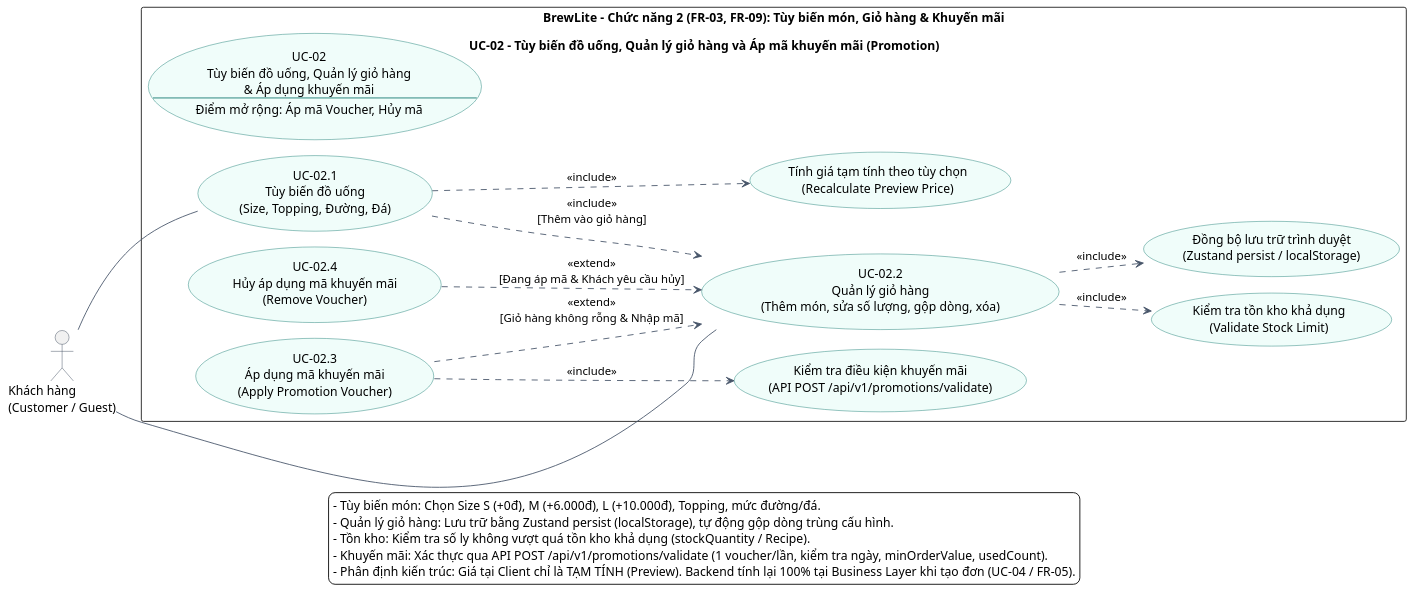
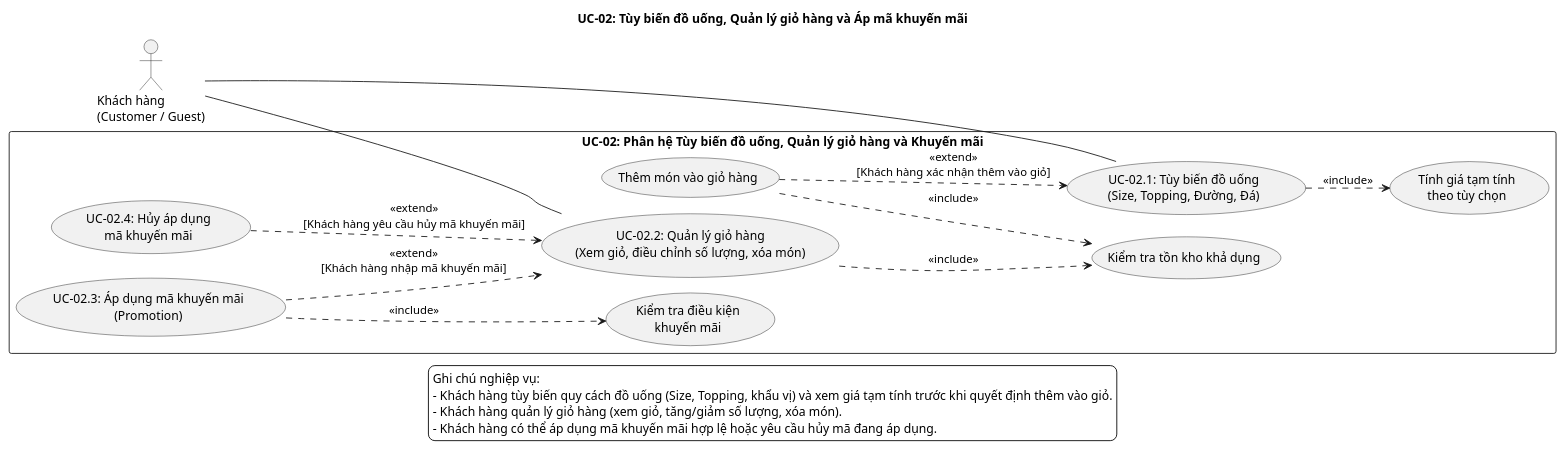
The diagram in docs/diagrams/uc-02-cart-promotion.puml (SamuiSang/brewlite2), drawn with PlantUML before and after one commit. The commit also changed 3 other files, not shown here.

Commit message:
docs(diagrams): refactor UC-02 use case diagram to monochrome, fix include/extend relations and boundary

```diff
--- a/docs/diagrams/uc-02-cart-promotion.puml
+++ b/docs/diagrams/uc-02-cart-promotion.puml
@@ -1,50 +1,44 @@
 @startuml uc-02-cart-promotion
 !pragma layout smetana
 left to right direction
-skinparam backgroundColor white
+skinparam monochrome true
 skinparam shadowing false
 skinparam defaultFontName SansSerif
-skinparam packageStyle rectangle
-skinparam ArrowColor #475569
-skinparam usecaseBackgroundColor #F0FDFA
-skinparam usecaseBorderColor #0F766E
-skinparam actorBorderColor #334155
+skinparam backgroundColor white
 
-title UC-02 - Tùy biến đồ uống, Quản lý giỏ hàng và Áp mã khuyến mãi (Promotion)
+title UC-02: Tùy biến đồ uống, Quản lý giỏ hàng và Áp mã khuyến mãi
 
 actor "Khách hàng\n(Customer / Guest)" as Customer
 
-rectangle "BrewLite - Chức năng 2 (FR-03, FR-09): Tùy biến món, Giỏ hàng & Khuyến mãi" {
-  usecase "UC-02\nTùy biến đồ uống, Quản lý giỏ hàng\n& Áp dụng khuyến mãi\n--\nĐiểm mở rộng: Áp mã Voucher, Hủy mã" as UC_CartBase
-  usecase "UC-02.1\nTùy biến đồ uống\n(Size, Topping, Đường, Đá)" as UC_Customize
-  usecase "Tính giá tạm tính theo tùy chọn\n(Recalculate Preview Price)" as UC_CalcPreview
-  usecase "UC-02.2\nQuản lý giỏ hàng\n(Thêm món, sửa số lượng, gộp dòng, xóa)" as UC_ManageCart
-  usecase "Kiểm tra tồn kho khả dụng\n(Validate Stock Limit)" as UC_CheckStock
-  usecase "Đồng bộ lưu trữ trình duyệt\n(Zustand persist / localStorage)" as UC_Persist
-  usecase "UC-02.3\nÁp dụng mã khuyến mãi\n(Apply Promotion Voucher)" as UC_ApplyPromo
-  usecase "Kiểm tra điều kiện khuyến mãi\n(API POST /api/v1/promotions/validate)" as UC_ValidatePromo
-  usecase "UC-02.4\nHủy áp dụng mã khuyến mãi\n(Remove Voucher)" as UC_RemovePromo
+rectangle "UC-02: Phân hệ Tùy biến đồ uống, Quản lý giỏ hàng và Khuyến mãi" {
+  usecase "UC-02.1: Tùy biến đồ uống\n(Size, Topping, Đường, Đá)" as UC_Customize
+  usecase "Tính giá tạm tính\ntheo tùy chọn" as UC_CalcPrice
+  usecase "Thêm món vào giỏ hàng" as UC_AddToCart
+  usecase "UC-02.2: Quản lý giỏ hàng\n(Xem giỏ, điều chỉnh số lượng, xóa món)" as UC_ManageCart
+  usecase "Kiểm tra tồn kho khả dụng" as UC_CheckStock
+  usecase "UC-02.3: Áp dụng mã khuyến mãi\n(Promotion)" as UC_ApplyPromo
+  usecase "Kiểm tra điều kiện\nkhuyến mãi" as UC_ValidatePromo
+  usecase "UC-02.4: Hủy áp dụng\nmã khuyến mãi" as UC_RemovePromo
 
   Customer -- UC_Customize
   Customer -- UC_ManageCart
 
-  UC_Customize ..> UC_CalcPreview : <<include>>
-  UC_Customize ..> UC_ManageCart : <<include>>\n[Thêm vào giỏ hàng]
+  UC_Customize ..> UC_CalcPrice : <<include>>
+  UC_AddToCart ..> UC_Customize : <<extend>>\n[Khách hàng xác nhận thêm vào giỏ]
+  UC_AddToCart ..> UC_CheckStock : <<include>>
 
   UC_ManageCart ..> UC_CheckStock : <<include>>
-  UC_ManageCart ..> UC_Persist : <<include>>
 
-  UC_ApplyPromo ..> UC_ManageCart : <<extend>>\n[Giỏ hàng không rỗng & Nhập mã]
+  UC_ApplyPromo ..> UC_ManageCart : <<extend>>\n[Khách hàng nhập mã khuyến mãi]
   UC_ApplyPromo ..> UC_ValidatePromo : <<include>>
 
-  UC_RemovePromo ..> UC_ManageCart : <<extend>>\n[Đang áp mã & Khách yêu cầu hủy]
+  UC_RemovePromo ..> UC_ManageCart : <<extend>>\n[Khách hàng yêu cầu hủy mã khuyến mãi]
 }
 
 legend bottom
-  - Tùy biến món: Chọn Size S (+0đ), M (+6.000đ), L (+10.000đ), Topping, mức đường/đá.
-  - Quản lý giỏ hàng: Lưu trữ bằng Zustand persist (localStorage), tự động gộp dòng trùng cấu hình.
-  - Tồn kho: Kiểm tra số ly không vượt quá tồn kho khả dụng (stockQuantity / Recipe).
-  - Khuyến mãi: Xác thực qua API POST /api/v1/promotions/validate (1 voucher/lần, kiểm tra ngày, minOrderValue, usedCount).
-  - Phân định kiến trúc: Giá tại Client chỉ là TẠM TÍNH (Preview). Backend tính lại 100% tại Business Layer khi tạo đơn (UC-04 / FR-05).
+  Ghi chú nghiệp vụ:
+  - Khách hàng tùy biến quy cách đồ uống (Size, Topping, khẩu vị) và xem giá tạm tính trước khi quyết định thêm vào giỏ.
+  - Khách hàng quản lý giỏ hàng (xem giỏ, tăng/giảm số lượng, xóa món).
+  - Khách hàng có thể áp dụng mã khuyến mãi hợp lệ hoặc yêu cầu hủy mã đang áp dụng.
 endlegend
 @enduml
```
